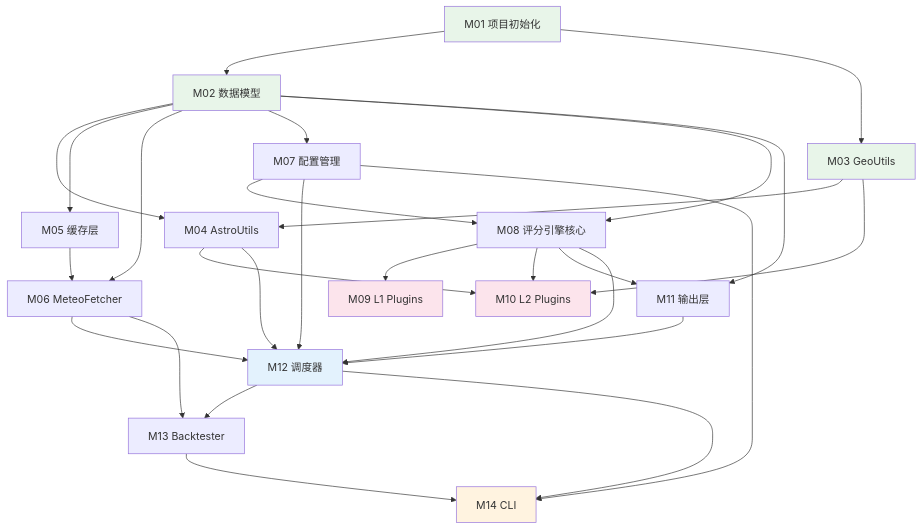
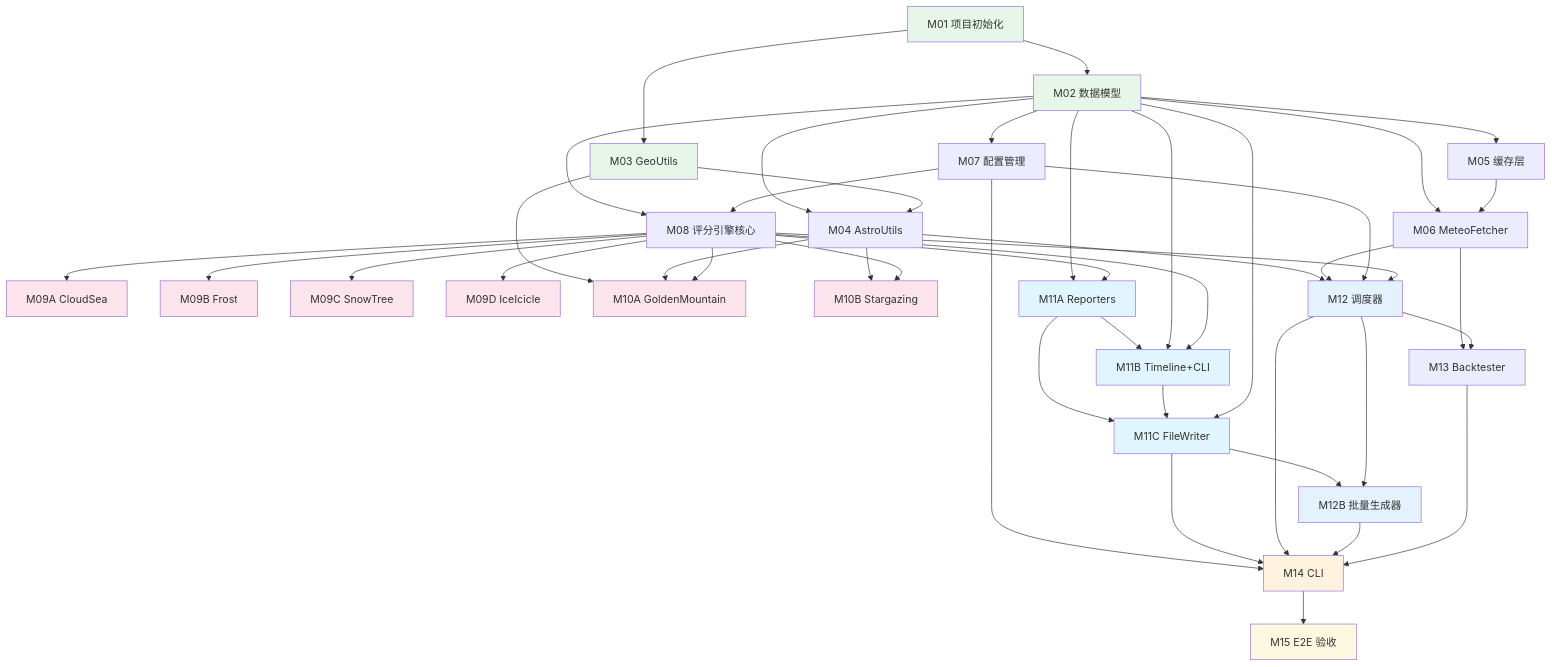
One commit to mpb159753/golden-moment-predictor changed the diagram in implementation_plan/README.md. Above: the diagram before and after it, drawn with Mermaid. The commit also changed other lines of this file and 42 other files, not shown here.

````diff
--- a/implementation_plan/README.md
+++ b/implementation_plan/README.md
@@ -34,37 +42,61 @@
 ```mermaid
 graph TD
     M01[M01 项目初始化] --> M02[M02 数据模型]
     M01 --> M03[M03 GeoUtils]
     M02 --> M04[M04 AstroUtils]
     M03 --> M04
     M02 --> M05[M05 缓存层]
     M02 --> M06[M06 MeteoFetcher]
     M05 --> M06
     M02 --> M07[M07 配置管理]
     M02 --> M08[M08 评分引擎核心]
     M07 --> M08
-    M08 --> M09[M09 L1 Plugins]
-    M03 --> M10[M10 L2 Plugins]
-    M04 --> M10
-    M08 --> M10
-    M02 --> M11[M11 输出层]
-    M08 --> M11
+    M08 --> M09A[M09A CloudSea]
+    M08 --> M09B[M09B Frost]
+    M08 --> M09C[M09C SnowTree]
+    M08 --> M09D[M09D IceIcicle]
+    M03 --> M10A[M10A GoldenMountain]
+    M04 --> M10A
+    M08 --> M10A
+    M04 --> M10B[M10B Stargazing]
+    M08 --> M10B
+    M02 --> M11A[M11A Reporters]
+    M08 --> M11A
+    M11A --> M11B[M11B Timeline+CLI]
+    M02 --> M11B
+    M08 --> M11B
+    M11A --> M11C[M11C FileWriter]
+    M11B --> M11C
+    M02 --> M11C
     M04 --> M12[M12 调度器]
     M06 --> M12
     M07 --> M12
     M08 --> M12
-    M11 --> M12
+    M11C --> M12B[M12B 批量生成器]
+    M12 --> M12B
     M06 --> M13[M13 Backtester]
     M12 --> M13
     M07 --> M14[M14 CLI]
+    M11C --> M14
     M12 --> M14
+    M12B --> M14
     M13 --> M14
+    M14 --> M15[M15 E2E 验收]
 
     style M01 fill:#e8f5e9
     style M02 fill:#e8f5e9
     style M03 fill:#e8f5e9
-    style M09 fill:#fce4ec
-    style M10 fill:#fce4ec
+    style M09A fill:#fce4ec
+    style M09B fill:#fce4ec
+    style M09C fill:#fce4ec
+    style M09D fill:#fce4ec
+    style M10A fill:#fce4ec
+    style M10B fill:#fce4ec
+    style M11A fill:#e1f5fe
+    style M11B fill:#e1f5fe
+    style M11C fill:#e1f5fe
     style M12 fill:#e3f2fd
+    style M12B fill:#e3f2fd
     style M14 fill:#fff3e0
+    style M15 fill:#fff8e1
 ```
````
